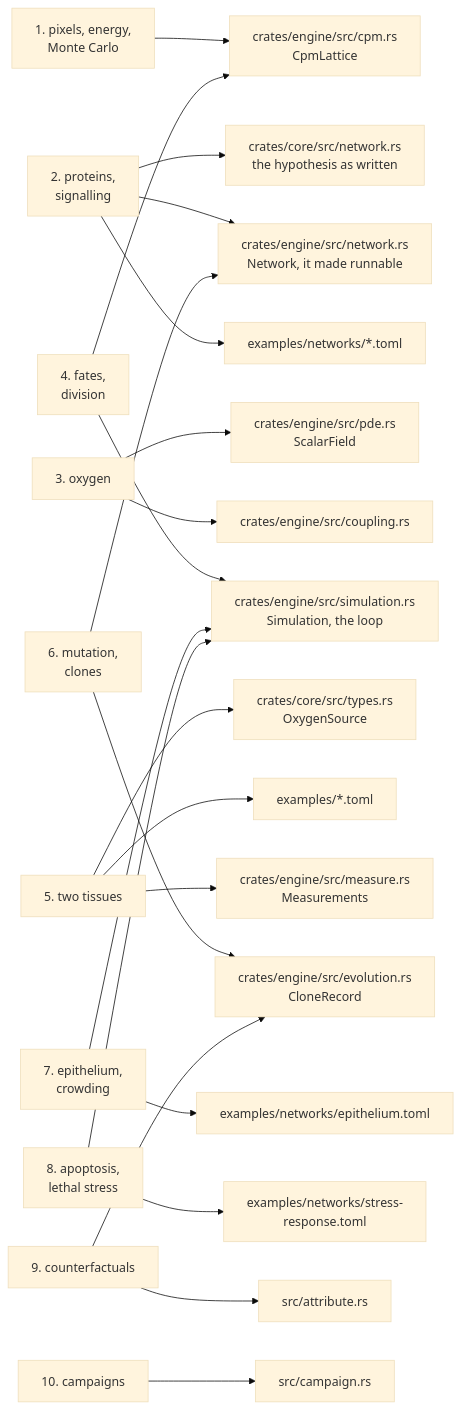
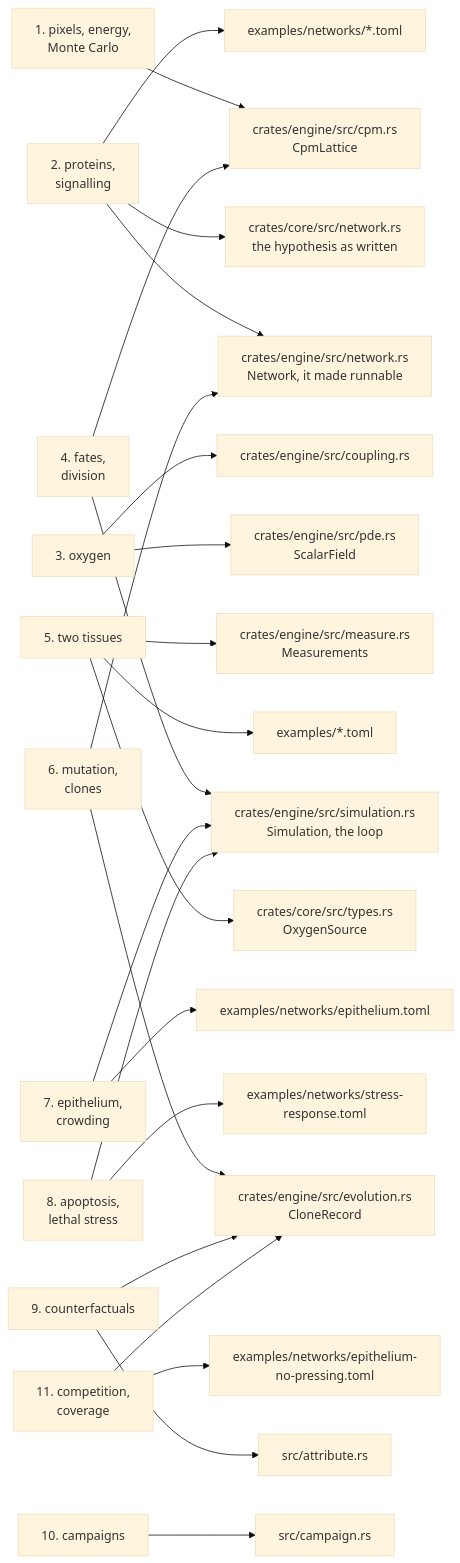
Before and after one commit to ngodzik/cellweave: the diagram in docs/README.md, drawn with Mermaid (base theme). The commit also changed other lines of this file and 16 other files, not shown here.

````diff
--- a/docs/README.md
+++ b/docs/README.md
@@ -32,23 +33,25 @@
 ```mermaid
 flowchart LR
     c1["1. pixels, energy,<br/>Monte Carlo"] --> cpm["crates/engine/src/cpm.rs<br/>CpmLattice"]
     c2["2. proteins,<br/>signalling"] --> net["crates/core/src/network.rs<br/>the hypothesis as written"]
     c2 --> run["crates/engine/src/network.rs<br/>Network, it made runnable"]
     c2 --> files["examples/networks/*.toml"]
     c3["3. oxygen"] --> pde["crates/engine/src/pde.rs<br/>ScalarField"]
     c3 --> cpl["crates/engine/src/coupling.rs"]
     c4["4. fates,<br/>division"] --> sim["crates/engine/src/simulation.rs<br/>Simulation, the loop"]
     c4 --> cpm
     c5["5. two tissues"] --> cfg["crates/core/src/types.rs<br/>OxygenSource"]
     c5 --> ex["examples/*.toml"]
     c5 --> mea["crates/engine/src/measure.rs<br/>Measurements"]
     c6["6. mutation,<br/>clones"] --> evo["crates/engine/src/evolution.rs<br/>CloneRecord"]
     c6 --> run
     c7["7. epithelium,<br/>crowding"] --> sim
     c7 --> epi["examples/networks/epithelium.toml"]
     c8["8. apoptosis,<br/>lethal stress"] --> sim
     c8 --> str["examples/networks/stress-response.toml"]
     c9["9. counterfactuals"] --> att["src/attribute.rs"]
     c9 --> evo
     c10["10. campaigns"] --> camp["src/campaign.rs"]
+    c11["11. competition,<br/>coverage"] --> evo
+    c11 --> nop["examples/networks/epithelium-no-pressing.toml"]
 ```
````
